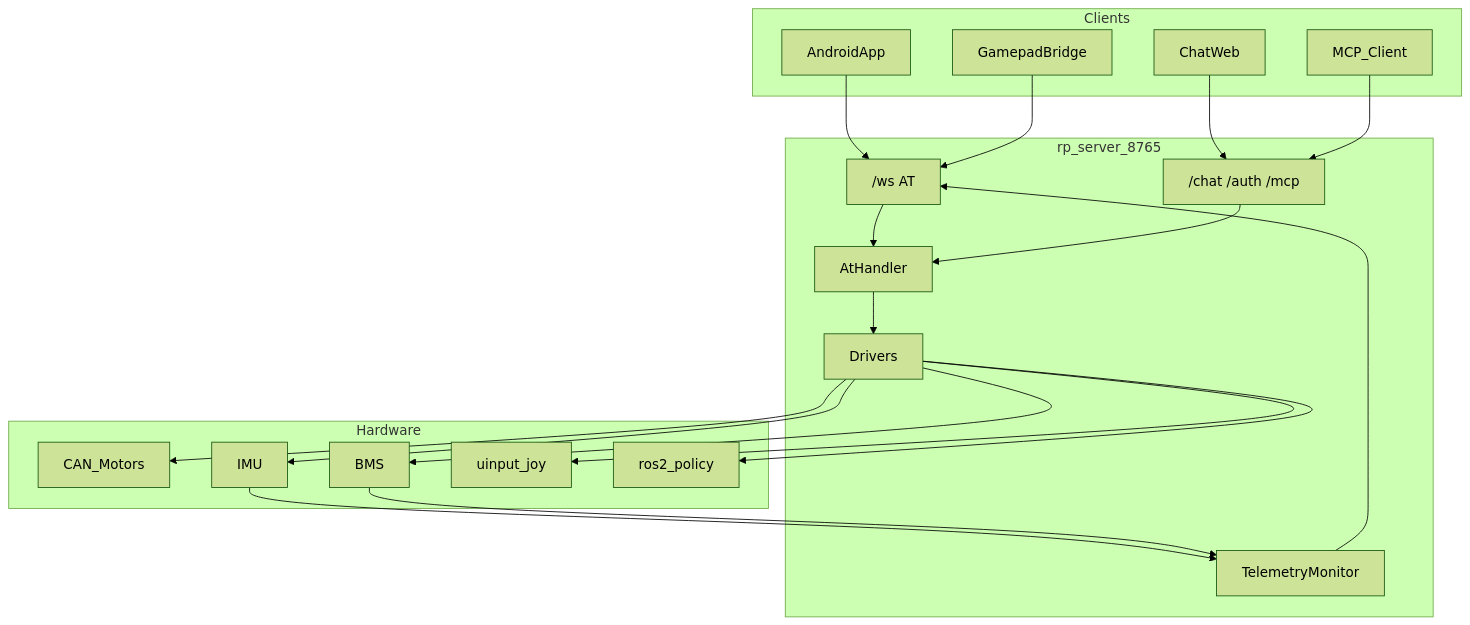
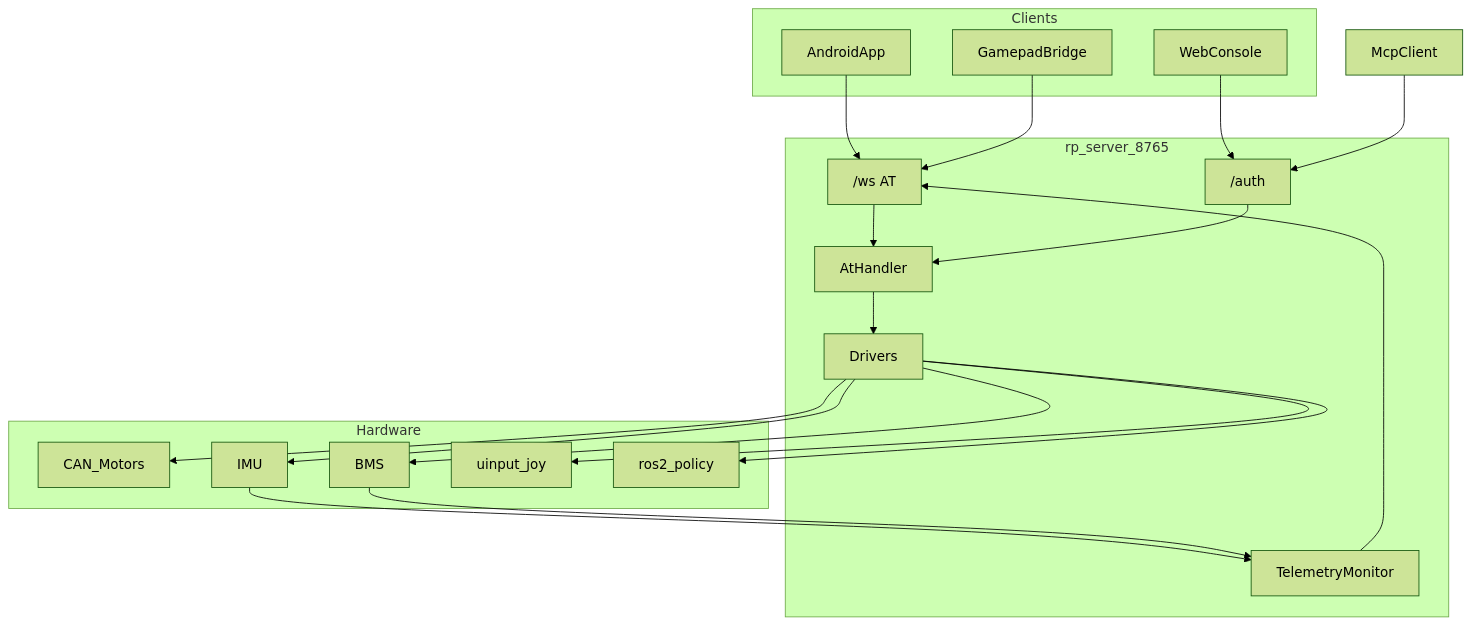
Before and after one commit to Roboparty/roboparty_rp_server: the diagram in docs/architecture.md, drawn with Mermaid (forest theme). The commit also changed other lines of this file and 16 other files, not shown here.

First line of the commit message:
refactor: remove chat and MCP from Service layer

````diff
--- a/docs/architecture.md
+++ b/docs/architecture.md
@@ -21,38 +19,37 @@
 ```mermaid
 flowchart TB
   subgraph clients [Clients]
     App[AndroidApp]
-    Web[ChatWeb]
+    Web[WebConsole]
     Pad[GamepadBridge]
-    McpClient[MCP_Client]
   end
   subgraph server [rp_server_8765]
     WS["/ws AT"]
-    REST["/chat /auth /mcp"]
+    REST["/auth"]
     AT[AtHandler]
     Tel[TelemetryMonitor]
     Drv[Drivers]
   end
   subgraph hw [Hardware]
     CAN[CAN_Motors]
     IMU[IMU]
     BMS[BMS]
     UInput[uinput_joy]
     ROS[ros2_policy]
   end
   App --> WS
   Pad --> WS
   Web --> REST
   McpClient --> REST
   WS --> AT
   REST --> AT
   AT --> Drv
   Drv --> CAN
   Drv --> IMU
   Drv --> BMS
   Drv --> UInput
   Drv --> ROS
   Tel --> WS
   IMU --> Tel
   BMS --> Tel
 ```
````
